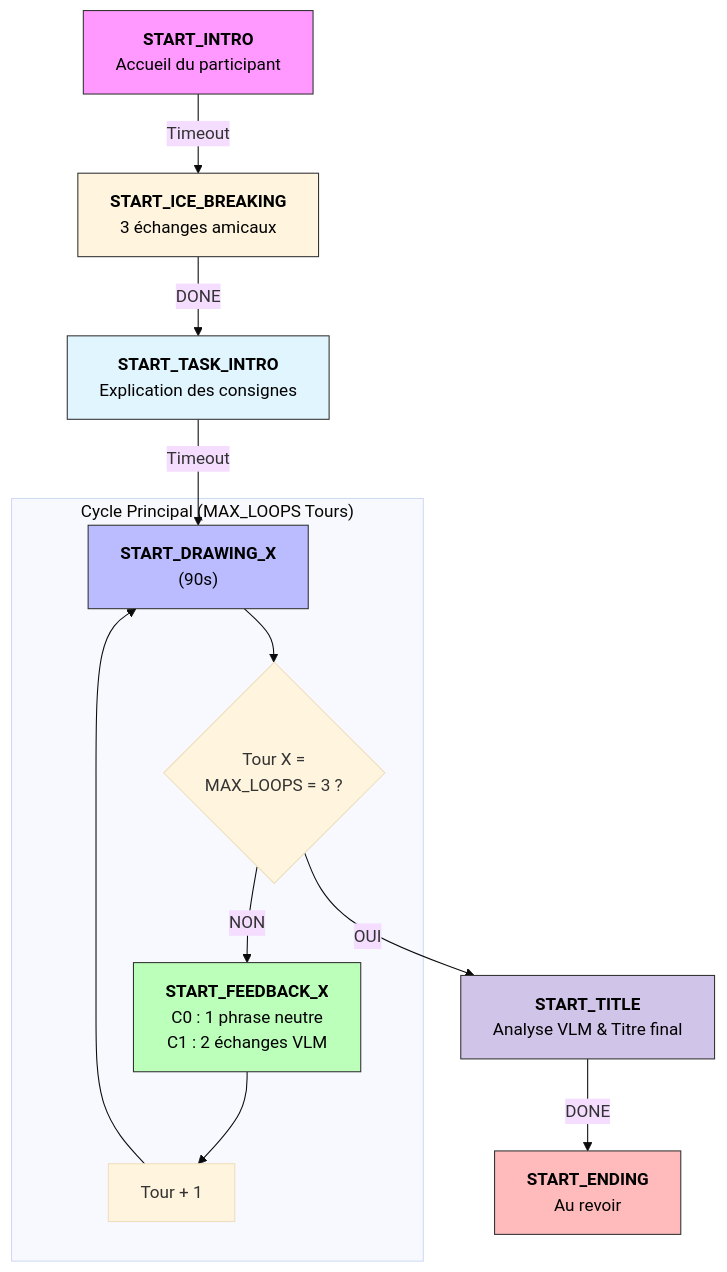
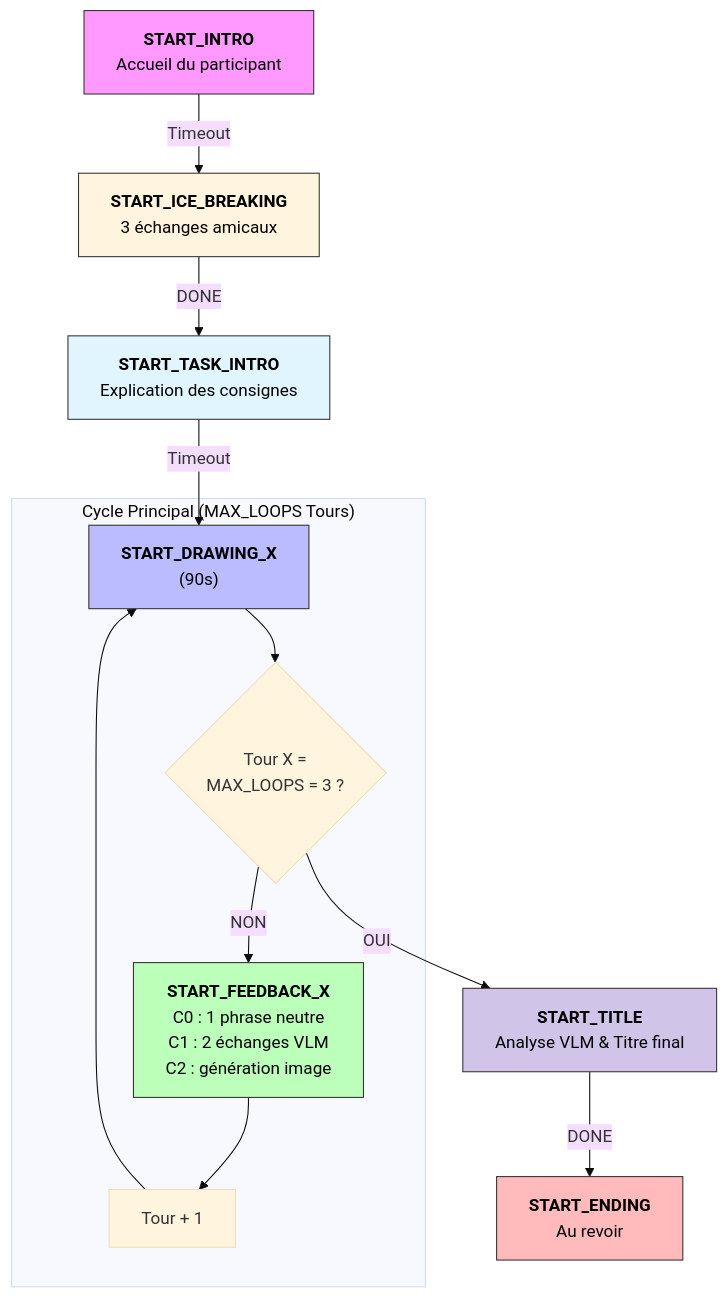
Before and after one commit to Marcopolo-g/CreaRobot: the diagram in README.md, drawn with Mermaid (base theme). The commit also changed other lines of this file and 10 other files, not shown here.

````diff
--- a/README.md
+++ b/README.md
@@ -112,33 +127,34 @@
 ```mermaid
 graph TD
     INTRO[<b>START_INTRO</b><br/>Accueil du participant]
 
     INTRO -- "Timeout" --> ICE[<b>START_ICE_BREAKING</b><br/>3 échanges amicaux]
 
     ICE -- "DONE" --> TASK[<b>START_TASK_INTRO</b><br/>Explication des consignes]
 
     TASK -- "Timeout" --> DRAW
 
     subgraph "Cycle Principal (MAX_LOOPS Tours)"
         DRAW["<b>START_DRAWING_X</b><br/>(90s)"]
         DRAW --> DECIDE{Tour X =
         MAX_LOOPS = 3 ?}
 
         DECIDE -- "NON" --> FEEDBACK["<b>START_FEEDBACK_X</b><br/>C0 : 1 phrase neutre
-        C1 : 2 échanges VLM"]
+        C1 : 2 échanges VLM" 
+        C2 : génération image]
         FEEDBACK --> INC[Tour + 1]
         INC --> DRAW
     end
 
     DECIDE -- "OUI" --> TITLE["<b>START_TITLE</b><br/>Analyse VLM & Titre final"]
 
     TITLE -- "DONE" --> ENDING["<b>START_ENDING</b><br/>Au revoir"]
 
     style INTRO fill:#f9f,stroke:#333,color:#000
     style ICE fill:#fff4dd,stroke:#333,color:#000
     style TASK fill:#e1f5fe,stroke:#333,color:#000
     style DRAW fill:#bbf,stroke:#333,color:#000
     style FEEDBACK fill:#bfb,stroke:#333,color:#000
     style TITLE fill:#d1c4e9,stroke:#333,color:#000
     style ENDING fill:#fbb,stroke:#333,color:#000
 ```
````
